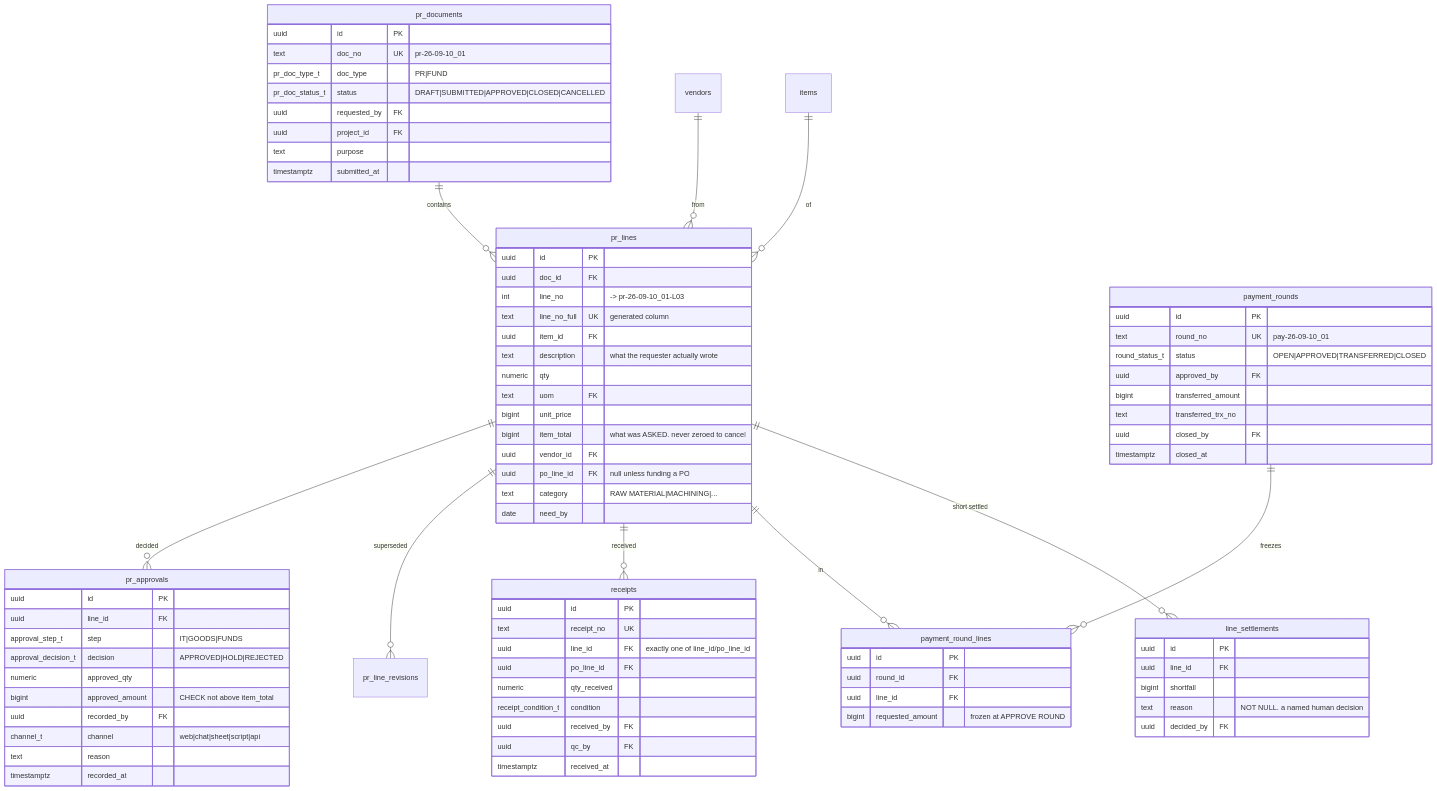
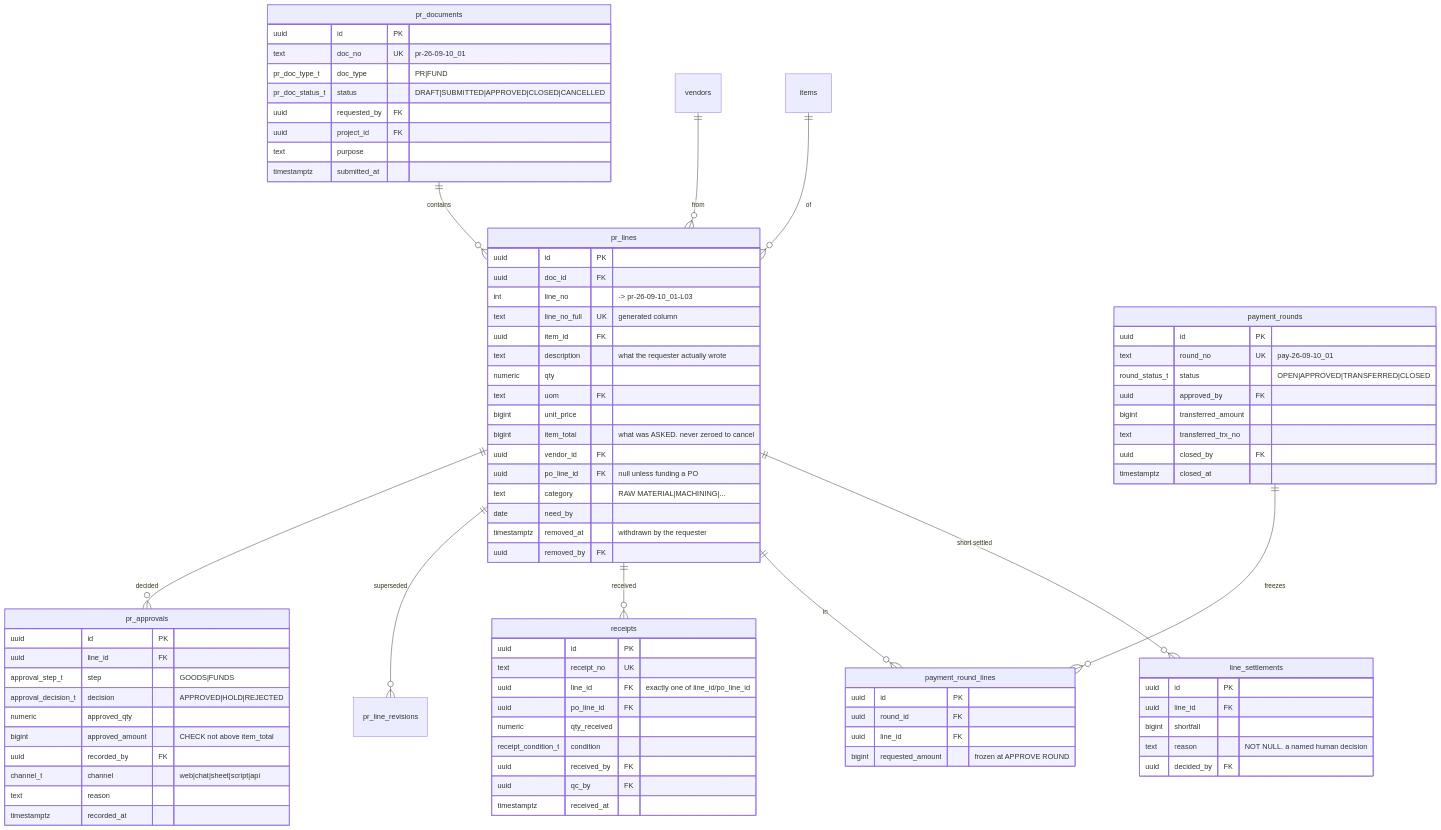
One commit to talait/ops-talaliving changed the third of 5 diagrams in docs/plan/02-database.md. Above: the diagram before and after it, drawn with Mermaid. The commit also changed other lines of this file and 8 other files, not shown here.

```diff
--- a/docs/plan/02-database.md
+++ b/docs/plan/02-database.md
@@ -263,11 +298,13 @@
         uuid po_line_id FK "null unless funding a PO"
         text category "RAW MATERIAL|MACHINING|..."
         date need_by
+        timestamptz removed_at "withdrawn by the requester"
+        uuid removed_by FK
     }
     pr_approvals {
         uuid id PK
         uuid line_id FK
-        approval_step_t step "IT|GOODS|FUNDS"
+        approval_step_t step "GOODS|FUNDS"
         approval_decision_t decision "APPROVED|HOLD|REJECTED"
         numeric approved_qty
         bigint approved_amount "CHECK not above item_total"
```
